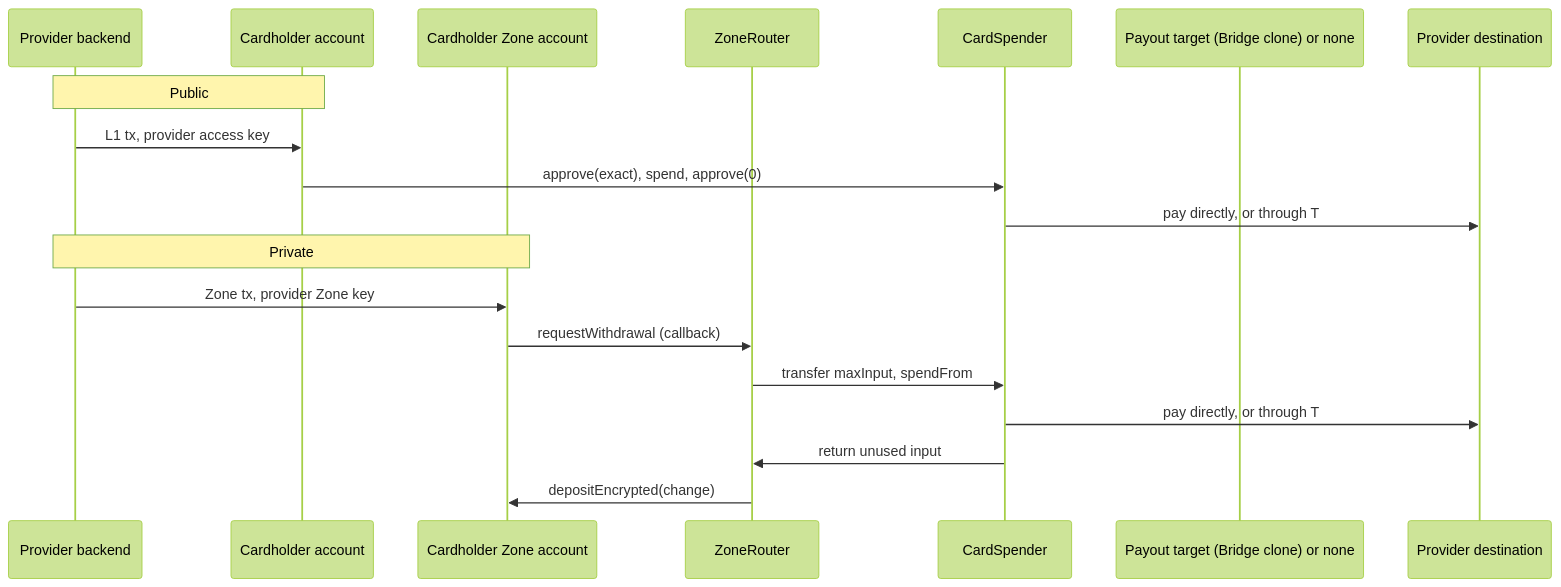
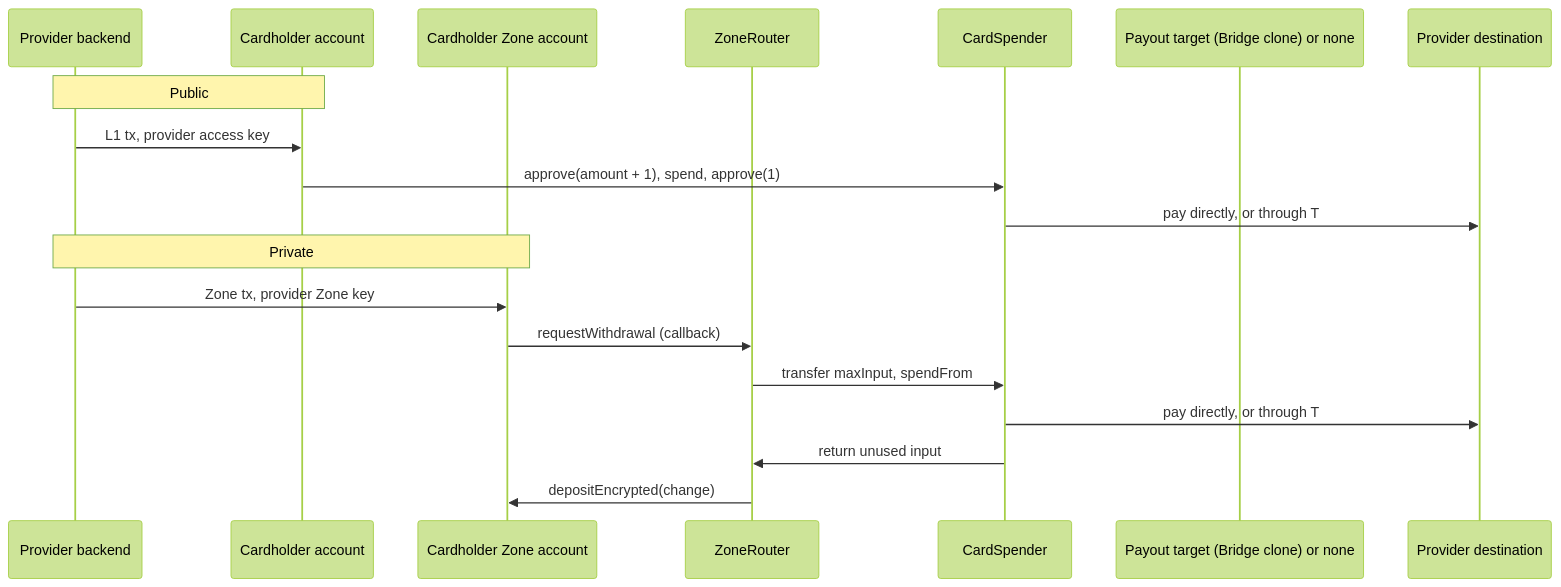
Before and after one commit to tempoxyz/contracts: the diagram in docs/cards/design.md, drawn with Mermaid (forest theme). The commit also changed other lines of this file and 21 other files, not shown here.

````diff
--- a/docs/cards/design.md
+++ b/docs/cards/design.md
@@ -58,21 +58,21 @@
 ```mermaid
 sequenceDiagram
     participant P as Provider backend
     participant A as Cardholder account
     participant Z as Cardholder Zone account
     participant R as ZoneRouter
     participant C as CardSpender
     participant T as Payout target (Bridge clone) or none
     participant D as Provider destination
     Note over P,A: Public
     P->>A: L1 tx, provider access key
-    A->>C: approve(exact), spend, approve(0)
+    A->>C: approve(amount + 1), spend, approve(1)
     C->>D: pay directly, or through T
     Note over P,Z: Private
     P->>Z: Zone tx, provider Zone key
     Z->>R: requestWithdrawal (callback)
     R->>C: transfer maxInput, spendFrom
     C->>D: pay directly, or through T
     C->>R: return unused input
     R->>Z: depositEncrypted(change)
 ```
````
